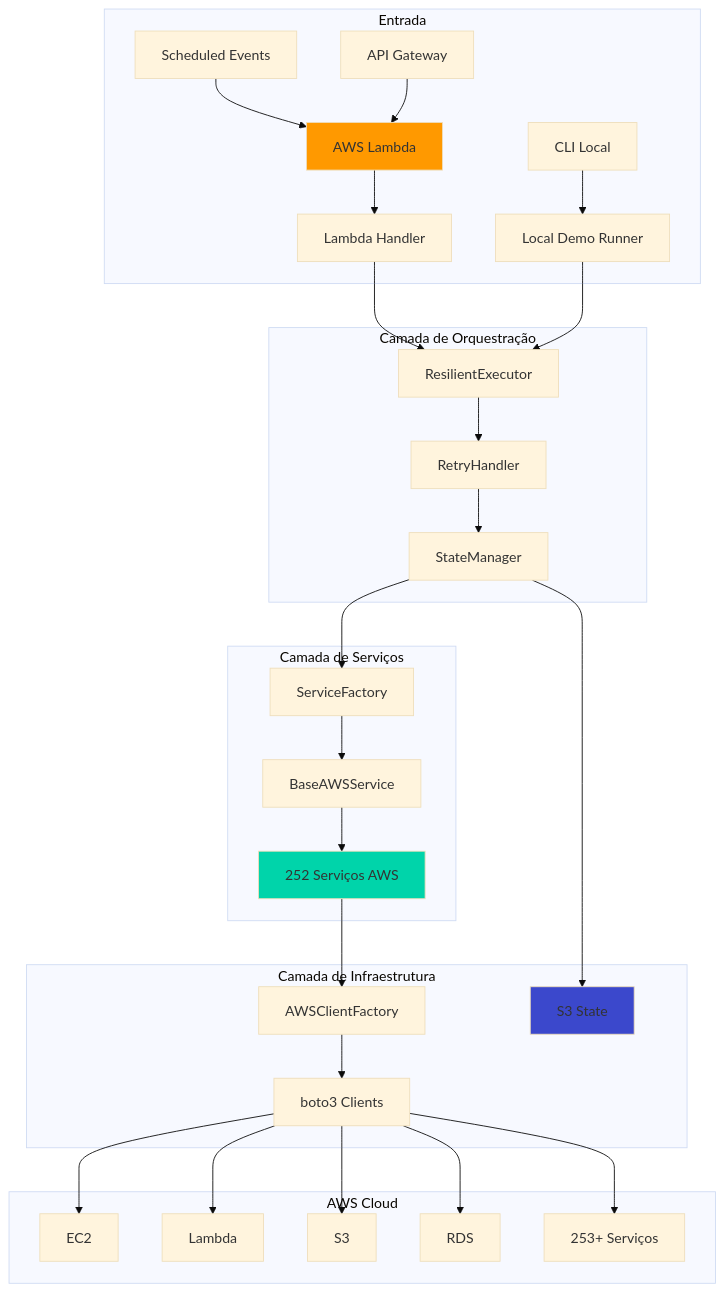
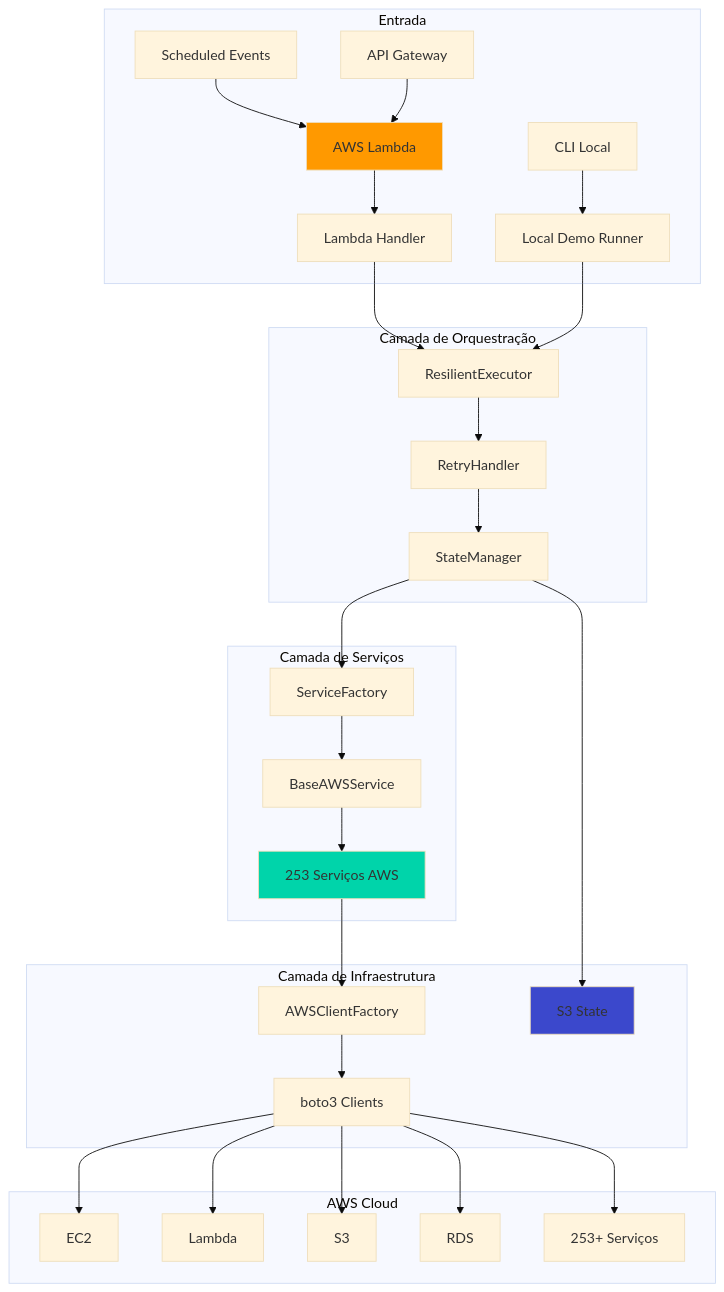
Before and after one commit to FELIPEACASTRO/finops-aws-bdr: the first of 15 diagrams in docs/TECHNICAL_GUIDE.md, drawn with Mermaid (base theme). The commit also changed other lines of this file and 10 other files, not shown here.

````diff
--- a/docs/TECHNICAL_GUIDE.md
+++ b/docs/TECHNICAL_GUIDE.md
@@ -25,40 +25,40 @@
 ```mermaid
 graph TB
     subgraph "Entrada"
         A[AWS Lambda] --> B[Lambda Handler]
         C[CLI Local] --> D[Local Demo Runner]
         E[Scheduled Events] --> A
         F[API Gateway] --> A
     end
     
     subgraph "Camada de Orquestração"
         B --> G[ResilientExecutor]
         D --> G
         G --> H[RetryHandler]
         H --> I[StateManager]
     end
     
     subgraph "Camada de Serviços"
         I --> J[ServiceFactory]
         J --> K[BaseAWSService]
-        K --> L[252 Serviços AWS]
+        K --> L[253 Serviços AWS]
     end
     
     subgraph "Camada de Infraestrutura"
         L --> M[AWSClientFactory]
         M --> N[boto3 Clients]
         I --> O[S3 State]
     end
     
     subgraph "AWS Cloud"
         N --> P[EC2]
         N --> Q[Lambda]
         N --> R[S3]
         N --> S[RDS]
         N --> T[253+ Serviços]
     end
     
     style A fill:#ff9900
     style L fill:#00d4aa
     style O fill:#3b48cc
 ```
````
